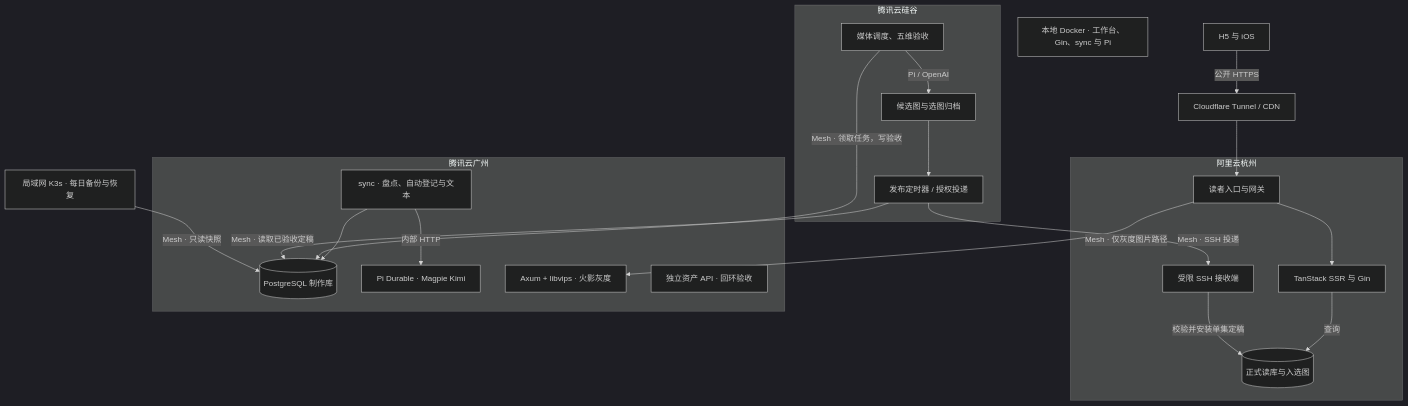
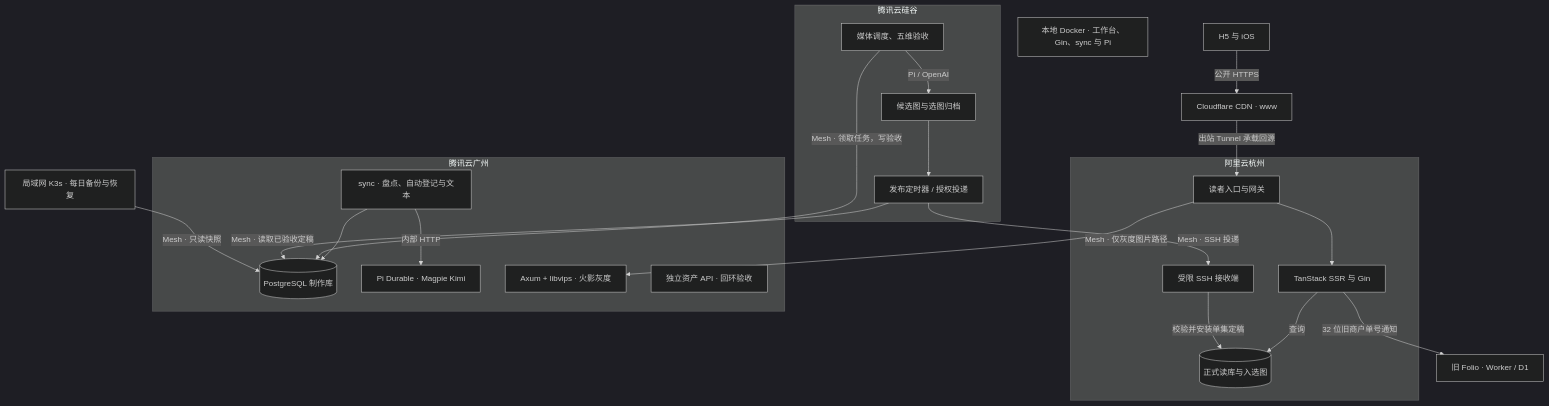
One commit to bluedao10000/player changed the diagram in docs/diagrams/deployment.mmd. Above: the diagram before and after it, drawn with Mermaid (dark theme). The commit also changed 43 other files, not shown here.

```diff
--- a/docs/diagrams/deployment.mmd
+++ b/docs/diagrams/deployment.mmd
@@ -1,40 +1,42 @@
 flowchart TB
-  reader["H5 与 iOS"] -->|公开 HTTPS| edge["Cloudflare Tunnel / CDN"]
+  reader["H5 与 iOS"] -->|公开 HTTPS| edge["Cloudflare CDN · www"]
   subgraph ali["阿里云杭州"]
     gw["读者入口与网关"] --> site["TanStack SSR 与 Gin"]
     site -->|查询| online[("正式读库与入选图")]
     receive["受限 SSH 接收端"] -->|校验并安装单集定稿| online
   end
-  edge --> gw
+  edge -->|出站 Tunnel 承载回源| gw
+  site -->|32 位旧商户单号通知| legacy["旧 Folio · Worker / D1"]
   subgraph gz["腾讯云广州"]
     text["sync · 盘点、自动登记与文本"] --> pg[("PostgreSQL 制作库")]
     text -->|内部 HTTP| pi["Pi Durable · Magpie Kimi"]
     image["Axum + libvips · 火影灰度"]
     shadow["独立资产 API · 回环验收"]
   end
   subgraph sv["腾讯云硅谷"]
     media["媒体调度、五维验收"] -->|Pi / OpenAI| archive["候选图与选图归档"]
     archive --> push["发布定时器 / 授权投递"]
   end
   gw -->|Mesh · 仅灰度图片路径| image
   media -->|Mesh · 领取任务，写验收| pg
   push -->|Mesh · 读取已验收定稿| pg
   push -->|Mesh · SSH 投递| receive
   cron["局域网 K3s · 每日备份与恢复"] -->|Mesh · 只读快照| pg
   local["本地 Docker · 工作台、Gin、sync 与 Pi"]
 %% reader | 公开网页与 iOS 读取共享作品、章节及段落链接。 | apps/ios/Folio/Reading.swift
 %% edge | 正式站使用独立出站隧道和 CDN。 | deploy/cloudflare/player-tunnel.service
 %% gw | 公开入口会拒绝工作台及私有预览。火影试点使用专门的图片路由。 | deploy/cloudflare/player-ingress.conf
 %% site | TanStack 和 Gin 提供网页及原生阅读数据。 | apps/ios/server/reader.server.ts
 %% online | 正式读库有自己的发布指针、资产归档和回执。 | apps/sync/ops/reader-release/receiver.psql
 %% receive | 发布端通过受限命令投递，接收端校验版本、来源和图像摘要。 | apps/sync/ops/reader-release/receive.sh
 %% text | 已部署自动配置生成与登记。符合模板的作品缺集进入文本生产队列。 | apps/sync/internal/service/scheduler/production.go
 %% pi | 文本、规划和来源配置由 Pi Durable 调用 Magpie Kimi。 | apps/agent/src/episode-configuration-task.ts
 %% pg | 广州制作库保存来源、任务、验收、发布历史和模型计量。 | database/migrations/init.sql
 %% image | 公开灰度范围为《火影忍者》试点场景和肖像，保留原 URL。 | apps/sync/ops/image-import/README.md
 %% shadow | 新图像资产 API 使用自己的卷和回环入口，验收流量与公开灰度分别运行。 | apps/image/compose.yaml
 %% media | 硅谷以受限数据库权限为合格文本生成媒体及完成五维验收。 | apps/sync/ops/production/media-grants.psql
 %% archive | 保存候选原图、裁切和已验收选图。 | apps/agent/src/media.ts
 %% push | 定时器处理明确授权的配置。第 10 集经相同接收器执行授权投递。 | apps/sync/cmd/reader-release/send.go
 %% cron | K3s 每日恢复广州制作库快照，校验后轮换归档。 | deploy/pg-backup/backup.sh
 %% local | 工作台只在本地开放，通过 Compose 的本地数据库和 Agent 执行。 | deploy/docker-compose.yml
+%% legacy | www 的支付宝通知由 H5 按商户单号分流，旧单仍在 Folio 验签。 | apps/web/src/routes/api.billing.alipay.notify.ts
```
